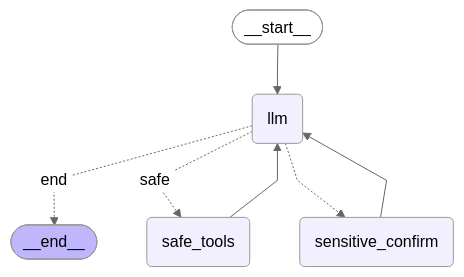
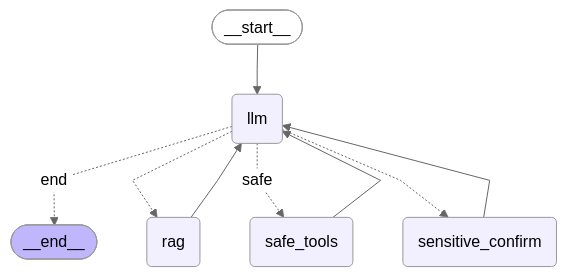
One commit to Hoanha2101/SmartShopChatbot changed the diagram in illustration/workflow.mmd. Above: the diagram before and after it, drawn with Mermaid (neutral theme). The commit also changed 24 other files, not shown here.

```diff
--- a/illustration/workflow.mmd
+++ b/illustration/workflow.mmd
@@ -1,20 +1,23 @@
 ---
 config:
   flowchart:
     curve: linear
 ---
 graph TD;
 	__start__([<p>__start__</p>]):::first
 	llm(llm)
 	safe_tools(safe_tools)
 	sensitive_confirm(sensitive_confirm)
+	rag(rag)
 	__end__([<p>__end__</p>]):::last
 	__start__ --> llm;
 	llm -. &nbsp;end&nbsp; .-> __end__;
+	llm -.-> rag;
 	llm -. &nbsp;safe&nbsp; .-> safe_tools;
 	llm -.-> sensitive_confirm;
+	rag --> llm;
 	safe_tools --> llm;
 	sensitive_confirm --> llm;
 	classDef default fill:#f2f0ff,line-height:1.2
 	classDef first fill-opacity:0
 	classDef last fill:#bfb6fc
```
